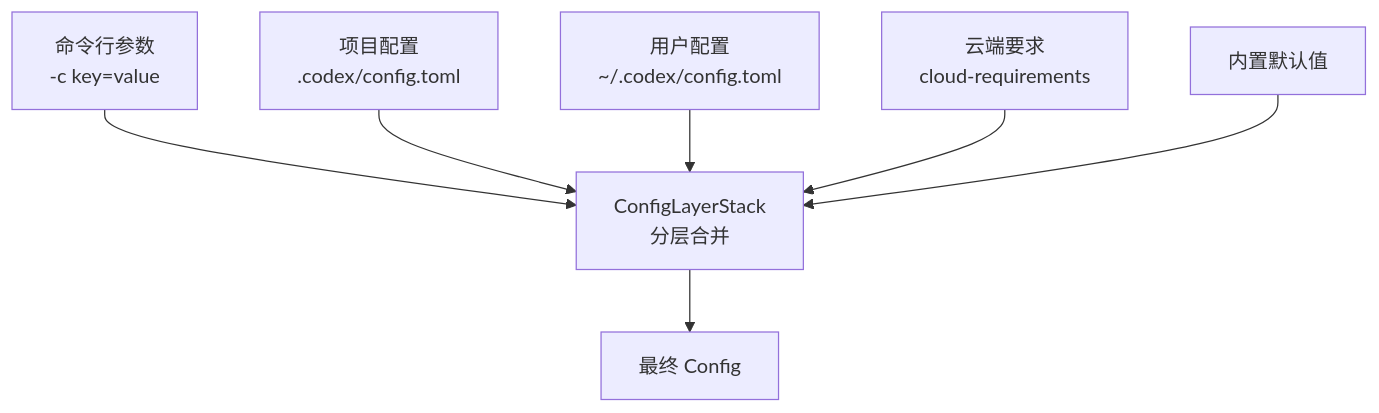
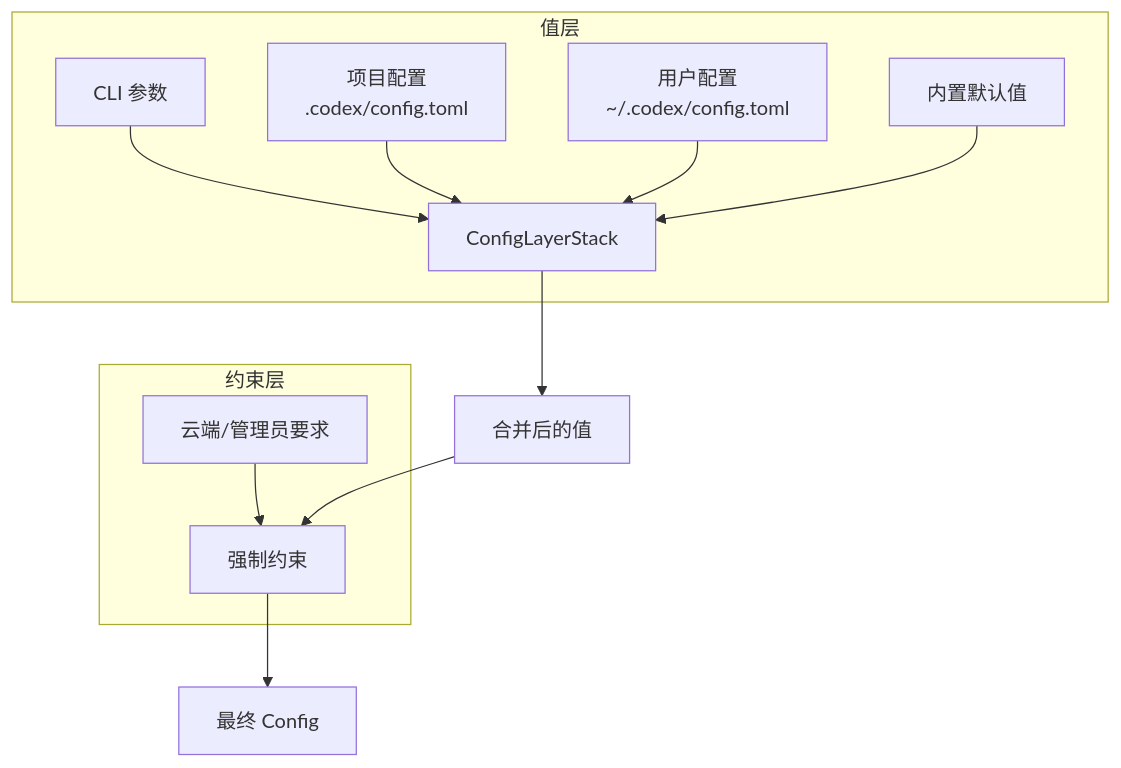
Before and after one commit to yibn2008/learn-codex: the diagram in wiki/10-config-system.md, drawn with Mermaid. The commit also changed other lines of this file and 2 other files, not shown here.

````diff
--- a/wiki/10-config-system.md
+++ b/wiki/10-config-system.md
@@ -20,10 +25,17 @@
 ```mermaid
 graph TD
-    CLI[命令行参数<br/>-c key=value] --> MERGE
-    PROJ[项目配置<br/>.codex/config.toml] --> MERGE
-    USER[用户配置<br/>~/.codex/config.toml] --> MERGE
-    CLOUD[云端要求<br/>cloud-requirements] --> MERGE
-    DEF[内置默认值] --> MERGE
+    subgraph 值层
+        CLI[CLI 参数] --> MERGE[ConfigLayerStack]
+        PROJ[项目配置<br/>.codex/config.toml] --> MERGE
+        USER[用户配置<br/>~/.codex/config.toml] --> MERGE
+        DEF[内置默认值] --> MERGE
+    end
 
-    MERGE[ConfigLayerStack<br/>分层合并] --> CONFIG[最终 Config]
+    subgraph 约束层
+        CLOUD[云端/管理员要求] --> CONSTRAIN[强制约束]
+    end
+
+    MERGE --> CONFIG[合并后的值]
+    CONFIG --> CONSTRAIN
+    CONSTRAIN --> FINAL[最终 Config]
 ```
````
